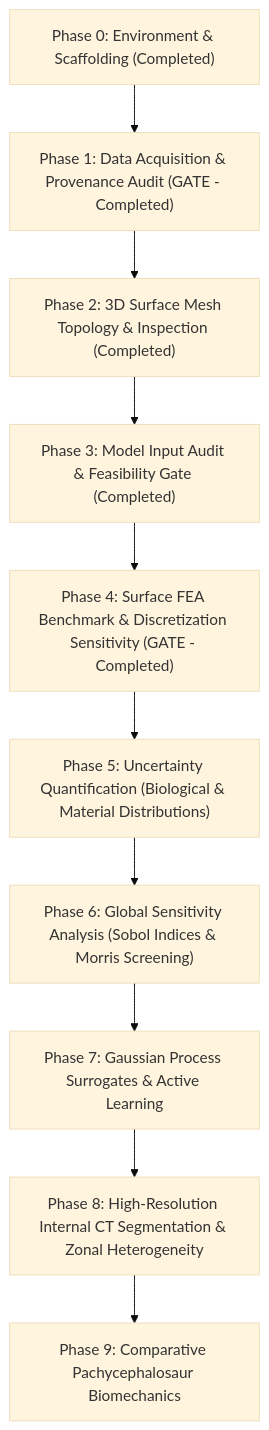
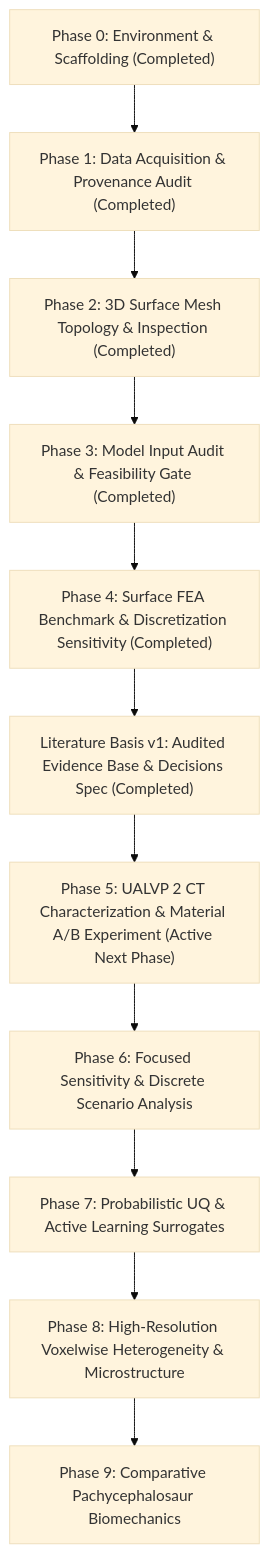
The diagram in PLAN.md (mdhornstein/pachycephalosaur-biomechanics), drawn with Mermaid (base theme) before and after one commit. The commit also changed other lines of this file and 4 other files, not shown here.

Commit message:
docs: create LITERATURE_TO_MODEL_DECISIONS.md bridge specification and update roadmap

````diff
--- a/PLAN.md
+++ b/PLAN.md
@@ -36,12 +36,13 @@
 ```mermaid
 flowchart TD
-    P0["Phase 0: Environment & Scaffolding (Completed)"] --> P1["Phase 1: Data Acquisition & Provenance Audit (GATE - Completed)"]
+    P0["Phase 0: Environment & Scaffolding (Completed)"] --> P1["Phase 1: Data Acquisition & Provenance Audit (Completed)"]
     P1 --> P2["Phase 2: 3D Surface Mesh Topology & Inspection (Completed)"]
     P2 --> P3["Phase 3: Model Input Audit & Feasibility Gate (Completed)"]
-    P3 --> P4["Phase 4: Surface FEA Benchmark & Discretization Sensitivity (GATE - Completed)"]
-    P4 --> P5["Phase 5: Uncertainty Quantification (Biological & Material Distributions)"]
-    P5 --> P6["Phase 6: Global Sensitivity Analysis (Sobol Indices & Morris Screening)"]
-    P6 --> P7["Phase 7: Gaussian Process Surrogates & Active Learning"]
-    P7 --> P8["Phase 8: High-Resolution Internal CT Segmentation & Zonal Heterogeneity"]
+    P3 --> P4["Phase 4: Surface FEA Benchmark & Discretization Sensitivity (Completed)"]
+    P4 --> L1["Literature Basis v1: Audited Evidence Base & Decisions Spec (Completed)"]
+    L1 --> P5["Phase 5: UALVP 2 CT Characterization & Material A/B Experiment (Active Next Phase)"]
+    P5 --> P6["Phase 6: Focused Sensitivity & Discrete Scenario Analysis"]
+    P6 --> P7["Phase 7: Probabilistic UQ & Active Learning Surrogates"]
+    P7 --> P8["Phase 8: High-Resolution Voxelwise Heterogeneity & Microstructure"]
     P8 --> P9["Phase 9: Comparative Pachycephalosaur Biomechanics"]
 ```
````
